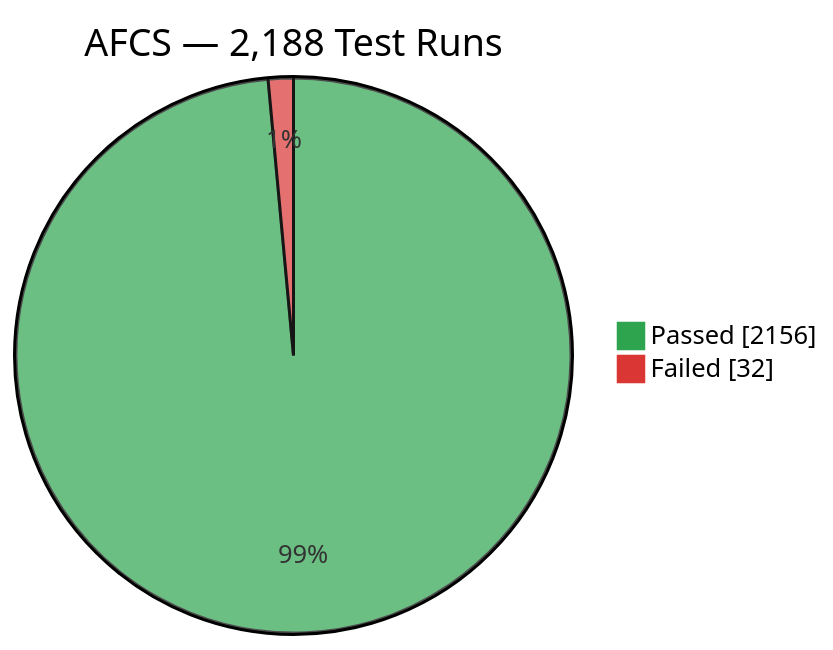
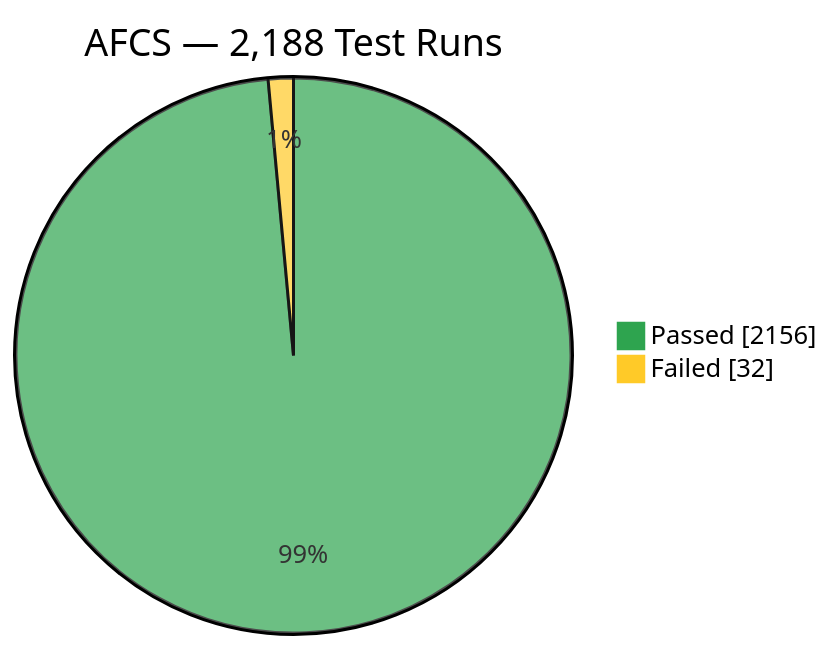
Before and after one commit to Reniel-Relearn/Reniel-Relearn: the diagram in README.md, drawn with Mermaid.

Commit message:
Recolor pie chart to match existing badge palette (green/amber)

````diff
--- a/README.md
+++ b/README.md
@@ -32,7 +32,7 @@
 ```mermaid
-%%{init: {"themeVariables": {"pie1": "#2ea44f", "pie2": "#da3633"}}}%%
+%%{init: {"themeVariables": {"pie1": "#2ea44f", "pie2": "#FFCA28"}}}%%
 pie showData
     title AFCS — 2,188 Test Runs
     "Passed" : 2156
     "Failed" : 32
 ```
````
